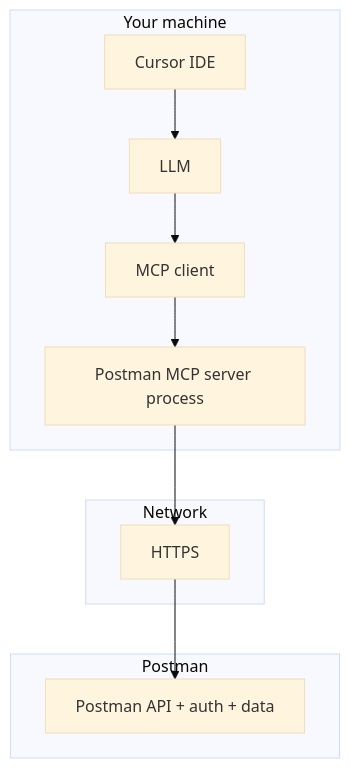
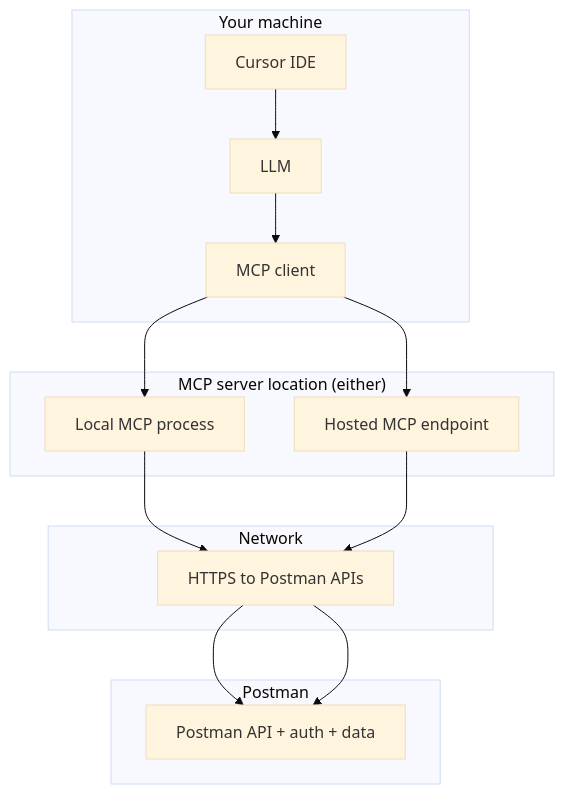
One commit to arihant-jn-dev/ai_project changed the fifth of 5 diagrams in postman_mcp_cursor.md. Above: the diagram before and after it, drawn with Mermaid (base theme). The commit also changed other lines of this file, not shown here.

First line of the commit message:
Revise MCP server documentation and structure

````diff
--- a/postman_mcp_cursor.md
+++ b/postman_mcp_cursor.md
@@ -182,17 +230,23 @@
 ```mermaid
 flowchart TB
   subgraph "Your machine"
     Cursor["Cursor IDE"]
     LLM2["LLM"]
     Client["MCP client"]
-    ServerProc["Postman MCP server process"]
-    Cursor --> LLM2 --> Client --> ServerProc
+  end
+  subgraph "MCP server location (either)"
+    ServerProc["Local MCP process"]
+    Hosted["Hosted MCP endpoint"]
   end
   subgraph "Network"
-    Internet["HTTPS"]
+    Internet["HTTPS to Postman APIs"]
   end
   subgraph "Postman"
     Cloud["Postman API + auth + data"]
   end
+  Cursor --> LLM2 --> Client
+  Client --> ServerProc
+  Client --> Hosted
   ServerProc --> Internet --> Cloud
+  Hosted --> Internet --> Cloud
 ```
````
